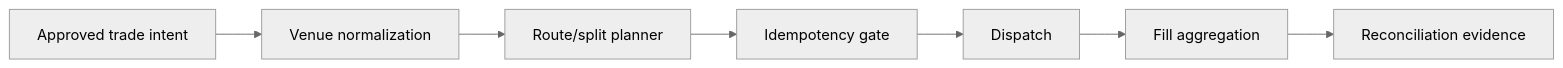
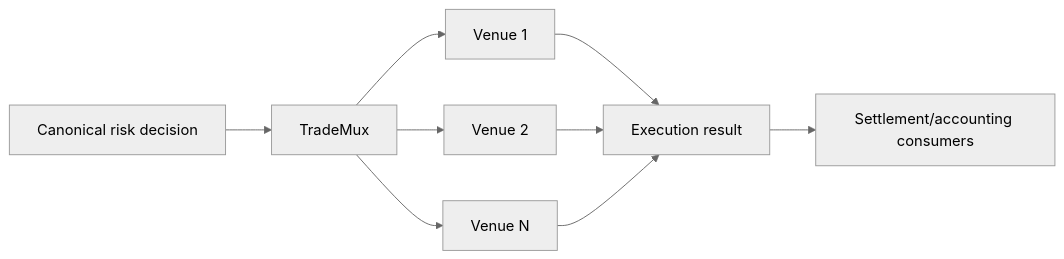
The diagram in README.md (Shtenco/synergy_trademux), drawn with Mermaid (neutral theme) before and after one commit. The commit also changed other lines of this file, not shown here.

````diff
--- a/README.md
+++ b/README.md
@@ -81,4 +219,11 @@
 ```mermaid
 flowchart LR
-    N0[Approved trade intent] --> N1[Venue normalization] --> N2[Route/split planner] --> N3[Idempotency gate] --> N4[Dispatch] --> N5[Fill aggregation] --> N6[Reconciliation evidence]
+    RISK[Canonical risk decision] --> MUX[TradeMux]
+    MUX --> V1[Venue 1]
+    MUX --> V2[Venue 2]
+    MUX --> VN[Venue N]
+    V1 --> RES[Execution result]
+    V2 --> RES
+    VN --> RES
+    RES --> SETTLE[Settlement/accounting consumers]
 ```
````
